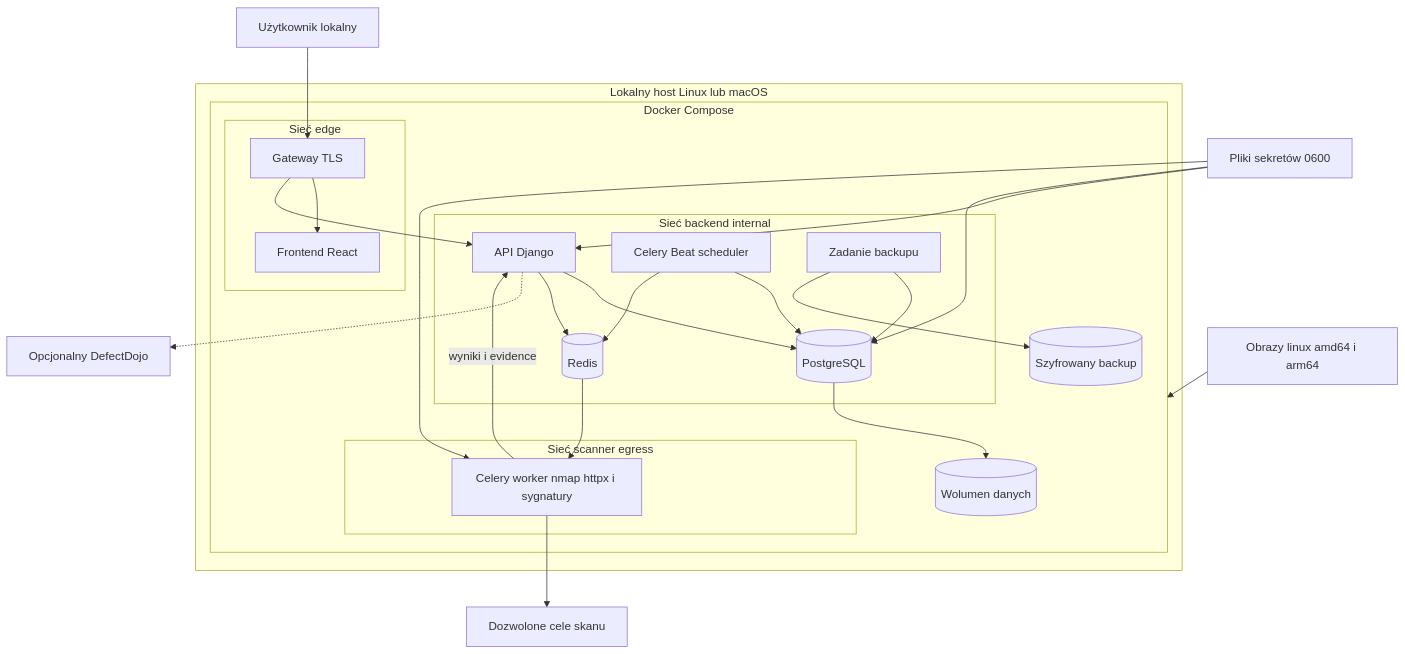
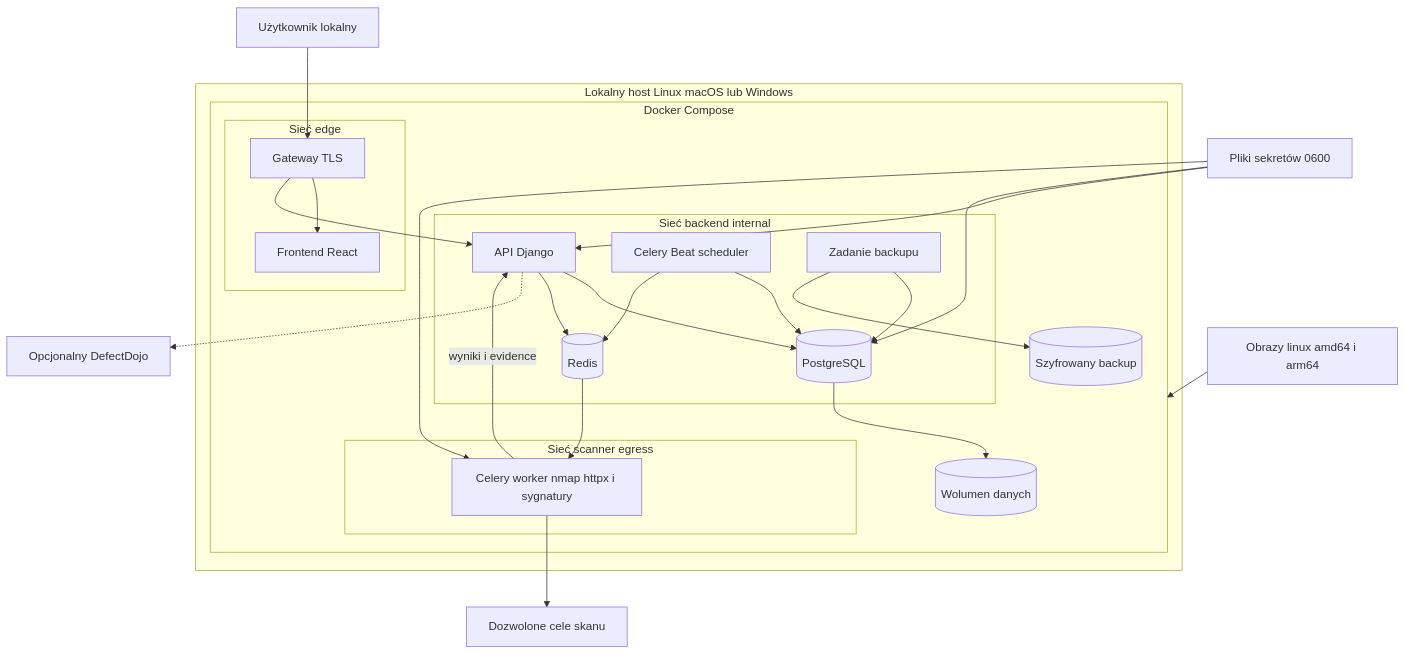
The diagram in docs/architecture.md (Maciejbe04/attack-surface-intelligence), drawn with Mermaid before and after one commit. The commit also changed other lines of this file and 10 other files, not shown here.

````diff
--- a/docs/architecture.md
+++ b/docs/architecture.md
@@ -9,51 +9,51 @@
 ```mermaid
 flowchart TB
   User[Użytkownik lokalny]
   Targets[Dozwolone cele skanu]
   DefectDojo[Opcjonalny DefectDojo]
   SecretFiles[Pliki sekretów 0600]
   ImageManifest[Obrazy linux amd64 i arm64]
 
-  subgraph localHost [Lokalny host Linux lub macOS]
+  subgraph localHost [Lokalny host Linux macOS lub Windows]
     subgraph composeRuntime [Docker Compose]
       subgraph edgeNet [Sieć edge]
         Gateway[Gateway TLS]
         Web[Frontend React]
       end
 
       subgraph backendNet [Sieć backend internal]
         API[API Django]
         Scheduler[Celery Beat scheduler]
         Queue[(Redis)]
         Database[(PostgreSQL)]
         Backup[Zadanie backupu]
       end
 
       subgraph scannerNet [Sieć scanner egress]
         Worker[Celery worker nmap httpx i sygnatury]
       end
 
       DatabaseVolume[(Wolumen danych)]
       BackupVolume[(Szyfrowany backup)]
     end
   end
 
   User --> Gateway
   Gateway --> Web
   Gateway --> API
   API --> Database
   API --> Queue
   Scheduler --> Database
   Scheduler --> Queue
   Queue --> Worker
   Worker --> Targets
   Worker -->|"wyniki i evidence"| API
   Database --> DatabaseVolume
   Backup --> Database
   Backup --> BackupVolume
   API -.-> DefectDojo
   SecretFiles --> API
   SecretFiles --> Database
   SecretFiles --> Worker
   ImageManifest --> composeRuntime
 ```
````
